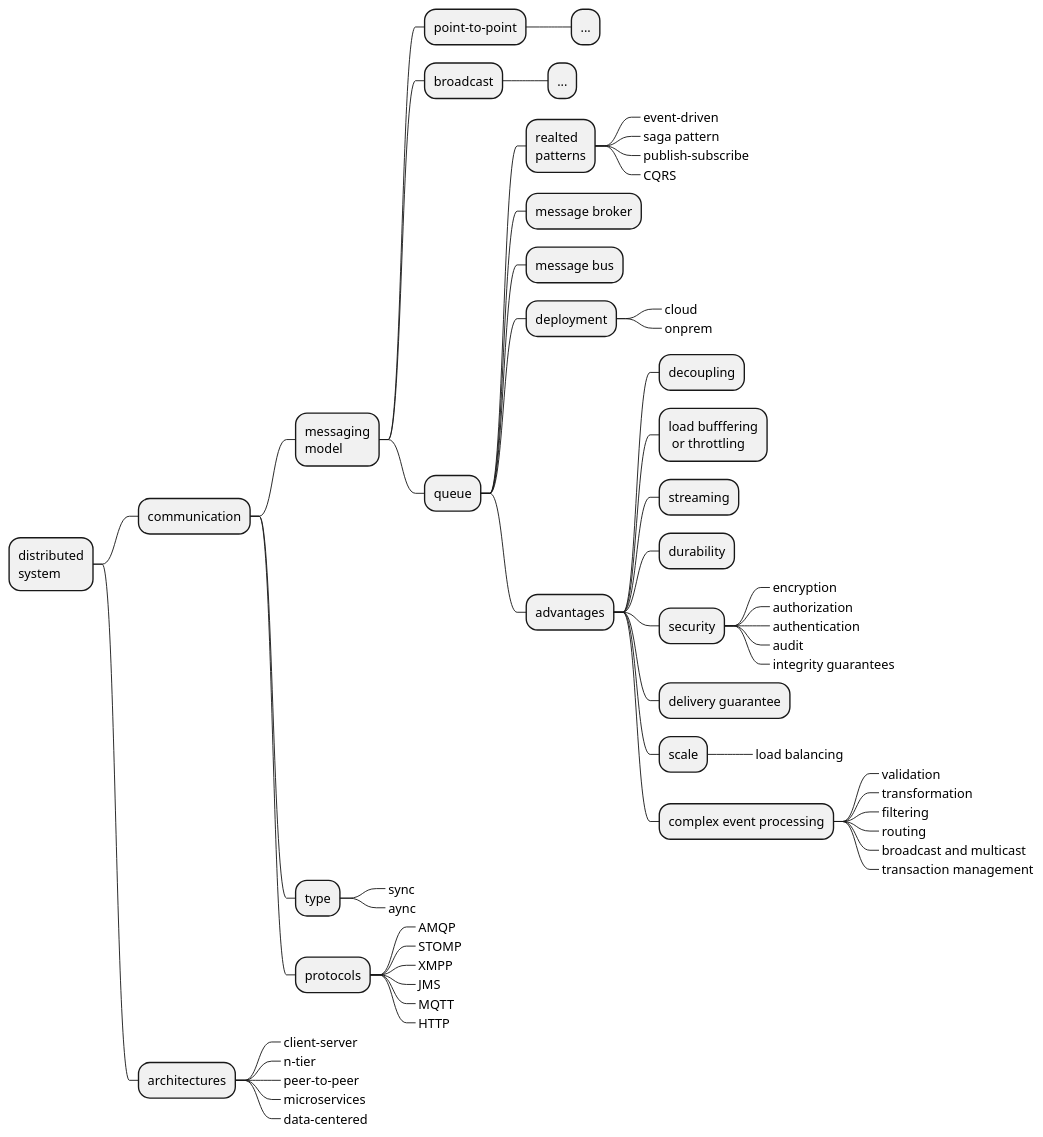
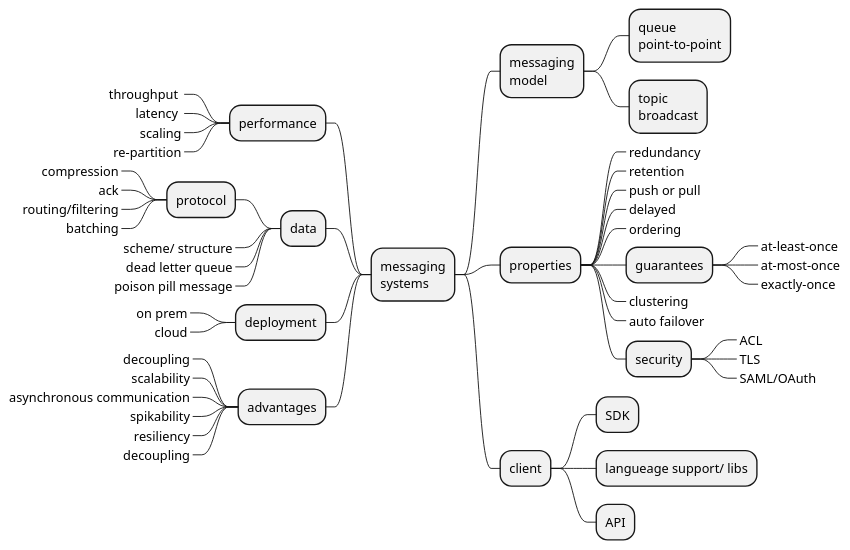
Before and after one commit to levplotkin/messaging-roadmap: the diagram in messaging-roadmap.iuml, drawn with PlantUML.

```diff
--- a/messaging-roadmap.iuml
+++ b/messaging-roadmap.iuml
@@ -1,74 +1,51 @@
 @startmindmap
-
-+ distributed\nsystem
-++ communication
-
-+++ messaging\nmodel
-
-++++ point-to-point
-+++++ ...
-
-++++ broadcast
-+++++ ...
-
-++++ queue
-
-+++++ realted\npatterns
-++++++_ event-driven
-++++++_ saga pattern
-++++++_ publish–subscribe
-++++++_ CQRS
-
-+++++ message broker
-+++++ message bus
-
-+++++ deployment
-++++++_ cloud
-++++++_ onprem
-
-+++++ advantages
-++++++ decoupling
-++++++ load bufffering\n or throttling
-
-++++++ streaming
-++++++ durability
-
-++++++ security
-+++++++_ encryption
-+++++++_ authorization
-+++++++_ authentication
-+++++++_ audit
-+++++++_ integrity guarantees
-
-++++++ delivery guarantee
-++++++ scale
-+++++++_ load balancing
-
-++++++ complex event processing
-+++++++_ validation
-+++++++_ transformation
-+++++++_ filtering
-+++++++_ routing
-+++++++_ broadcast and multicast
-+++++++_ transaction management
-
-+++ type
-++++_ sync
-++++_ aync
-
-+++ protocols
-++++_ AMQP
-++++_ STOMP
-++++_ XMPP
-++++_ JMS
-++++_ MQTT
-++++_ HTTP
-
-++ architectures
-+++_ client–server
-+++_ n-tier
-+++_ peer-to-peer
-+++_ microservices
-+++_ data-centered
++ messaging\nsystems
+++ messaging\nmodel
++++ queue\npoint-to-point
++++ topic\nbroadcast
+++ properties
++++_ redundancy
++++_ retention
++++_ push or pull
++++_ delayed
++++_ ordering
++++ guarantees
+++++_ at-least-once
+++++_ at-most-once
+++++_ exactly-once
++++_ clustering
++++_ auto failover
++++ security
+++++_ ACL
+++++_ TLS
+++++_ SAML/OAuth
+++ client
++++ SDK
++++ langueage support/ libs
++++ API
+-- performance
+---_ throughput 
+---_ latency 
+---_ scaling
+---_ re-partition
+-- data
+--- protocol
+----_ compression
+----_ ack
+----_ routing/filtering
+----_ batching
+---_ scheme/ structure
+---_ dead letter queue
+---_ poison pill message
+-- deployment
+---_ on prem
+---_ cloud
+-- advantages
+---_ decoupling
+---_ scalability
+---_ asynchronous communication
+---_ spikability
+---_ resiliency
+---_ decoupling
 
 @endmindmap
```
